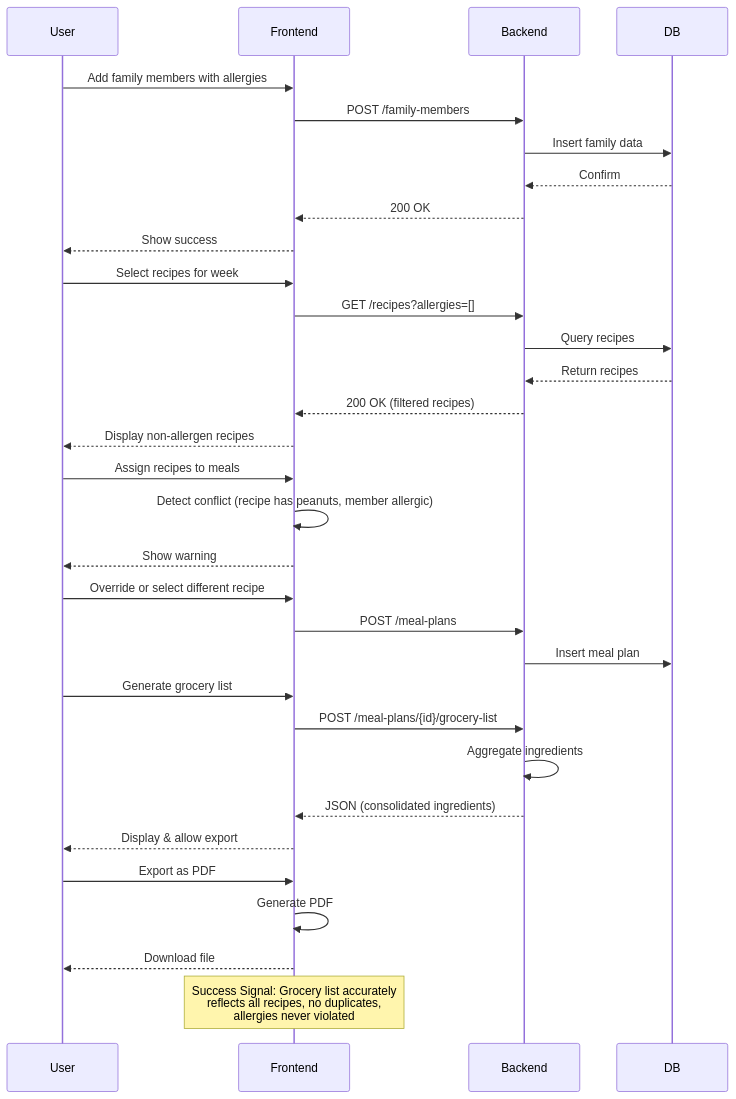
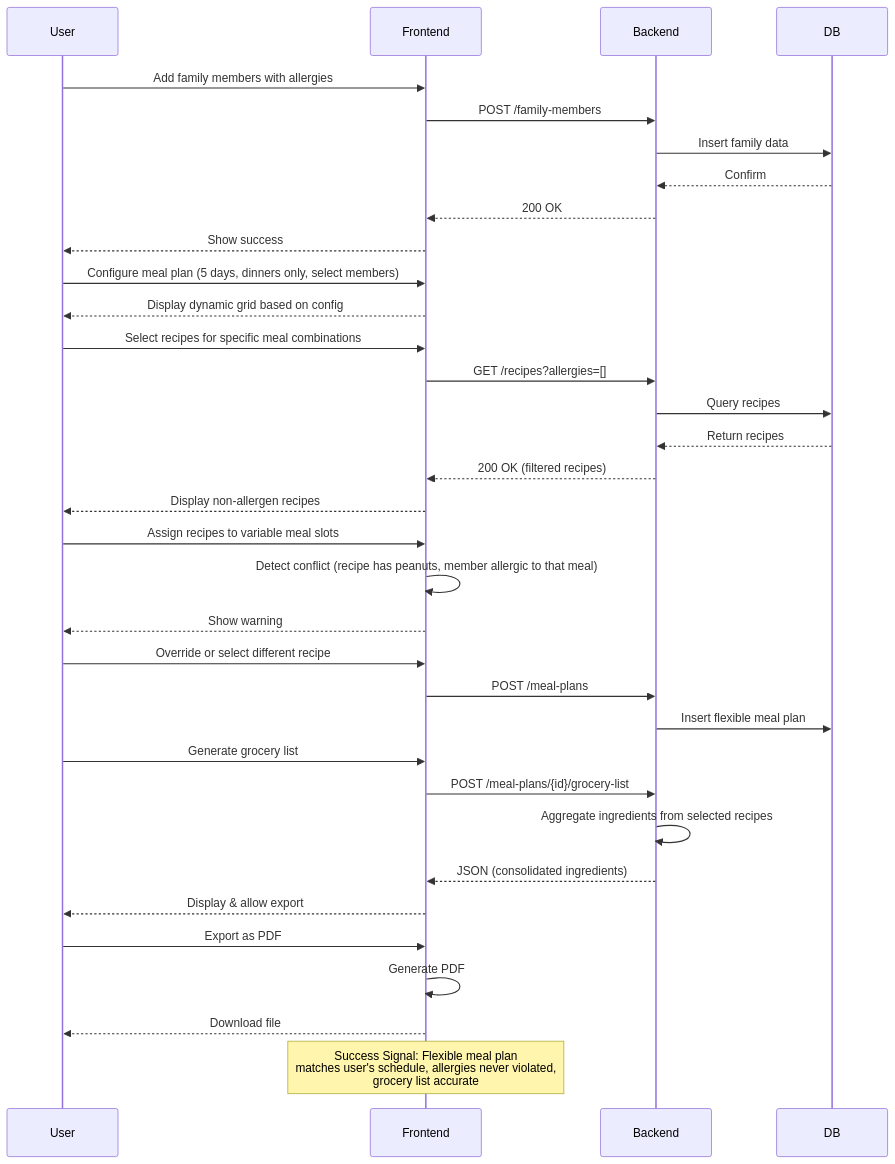
Before and after one commit to grahampederson/family-recipes: the second of 2 diagrams in .continue/plans/task_breakdown.md, drawn with Mermaid. The commit also changed other lines of this file and 1 other file, not shown here.

````diff
--- a/.continue/plans/task_breakdown.md
+++ b/.continue/plans/task_breakdown.md
@@ -306,40 +745,43 @@
 ```mermaid
 sequenceDiagram
     participant User
     participant Frontend
     participant Backend
     participant DB
     
     User->>Frontend: Add family members with allergies
     Frontend->>Backend: POST /family-members
     Backend->>DB: Insert family data
     DB-->>Backend: Confirm
     Backend-->>Frontend: 200 OK
     Frontend-->>User: Show success
     
-    User->>Frontend: Select recipes for week
+    User->>Frontend: Configure meal plan (5 days, dinners only, select members)
+    Frontend-->>User: Display dynamic grid based on config
+    
+    User->>Frontend: Select recipes for specific meal combinations
     Frontend->>Backend: GET /recipes?allergies=[]
     Backend->>DB: Query recipes
     DB-->>Backend: Return recipes
     Backend-->>Frontend: 200 OK (filtered recipes)
     Frontend-->>User: Display non-allergen recipes
     
-    User->>Frontend: Assign recipes to meals
-    Frontend->>Frontend: Detect conflict (recipe has peanuts, member allergic)
+    User->>Frontend: Assign recipes to variable meal slots
+    Frontend->>Frontend: Detect conflict (recipe has peanuts, member allergic to that meal)
     Frontend-->>User: Show warning
     User->>Frontend: Override or select different recipe
     Frontend->>Backend: POST /meal-plans
-    Backend->>DB: Insert meal plan
+    Backend->>DB: Insert flexible meal plan
     
     User->>Frontend: Generate grocery list
     Frontend->>Backend: POST /meal-plans/{id}/grocery-list
-    Backend->>Backend: Aggregate ingredients
+    Backend->>Backend: Aggregate ingredients from selected recipes
     Backend-->>Frontend: JSON (consolidated ingredients)
     Frontend-->>User: Display & allow export
     
     User->>Frontend: Export as PDF
     Frontend->>Frontend: Generate PDF
     Frontend-->>User: Download file
     
-    Note over Frontend: Success Signal: Grocery list accurately<br/>reflects all recipes, no duplicates,<br/>allergies never violated
+    Note over Frontend: Success Signal: Flexible meal plan<br/>matches user's schedule, allergies never violated,<br/>grocery list accurate
 ```
````
